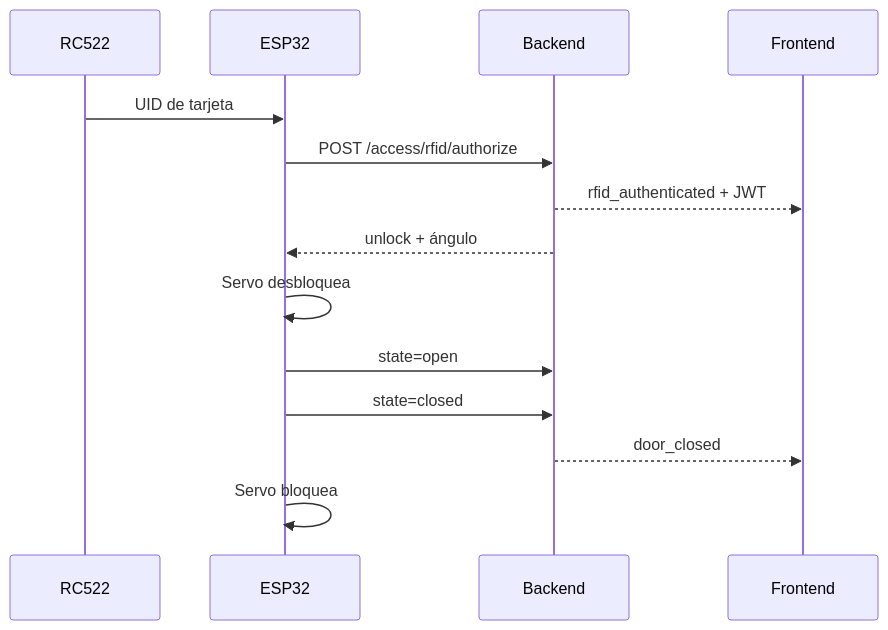
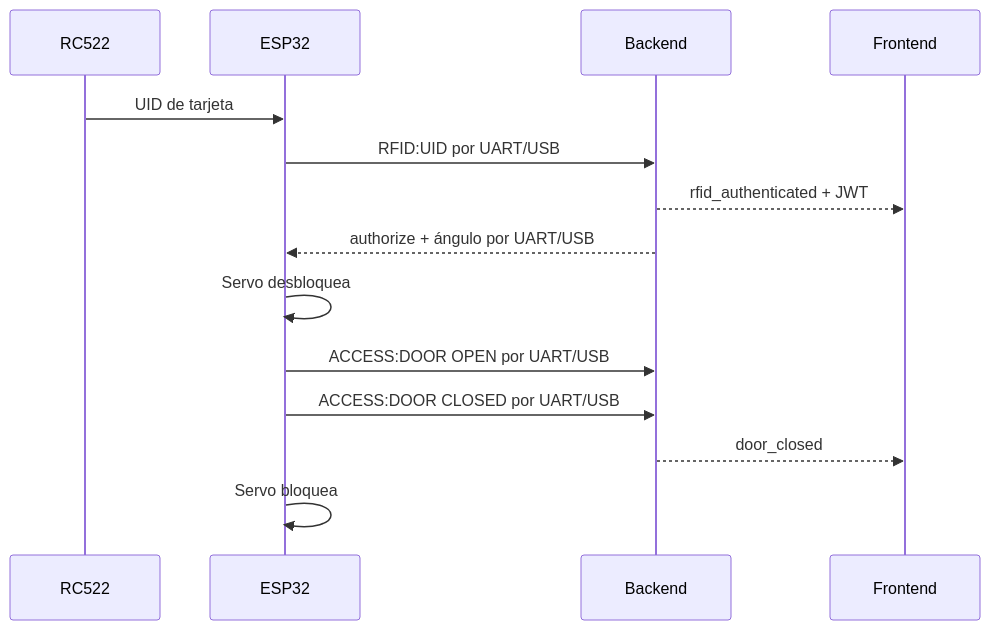
Before and after one commit to ricardious/AYC2_G3: the diagram in Proyecto_1_SmartEgg/firmware/README.md, drawn with Mermaid. The commit also changed other lines of this file and 18 other files, not shown here.

Commit message:
feat(access): move ESP32 authorization to UART

````diff
--- a/Proyecto_1_SmartEgg/firmware/README.md
+++ b/Proyecto_1_SmartEgg/firmware/README.md
@@ -108,16 +109,16 @@
 ```mermaid
 sequenceDiagram
     participant R as RC522
     participant E as ESP32
     participant A as Backend
     participant W as Frontend
     R->>E: UID de tarjeta
-    E->>A: POST /access/rfid/authorize
+    E->>A: RFID:UID por UART/USB
     A-->>W: rfid_authenticated + JWT
-    A-->>E: unlock + ángulo
+    A-->>E: authorize + ángulo por UART/USB
     E->>E: Servo desbloquea
-    E->>A: state=open
-    E->>A: state=closed
+    E->>A: ACCESS:DOOR OPEN por UART/USB
+    E->>A: ACCESS:DOOR CLOSED por UART/USB
     A-->>W: door_closed
     E->>E: Servo bloquea
 ```
````
